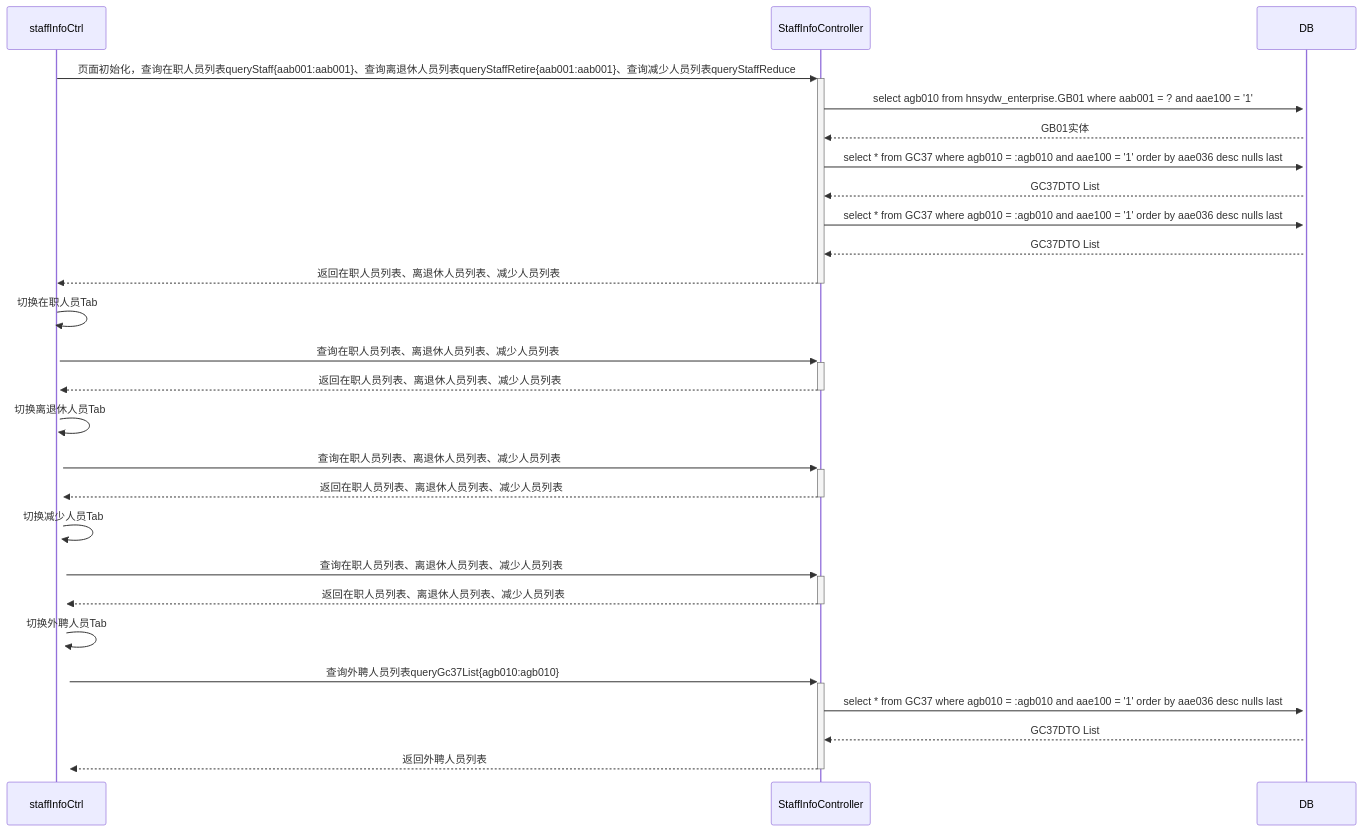
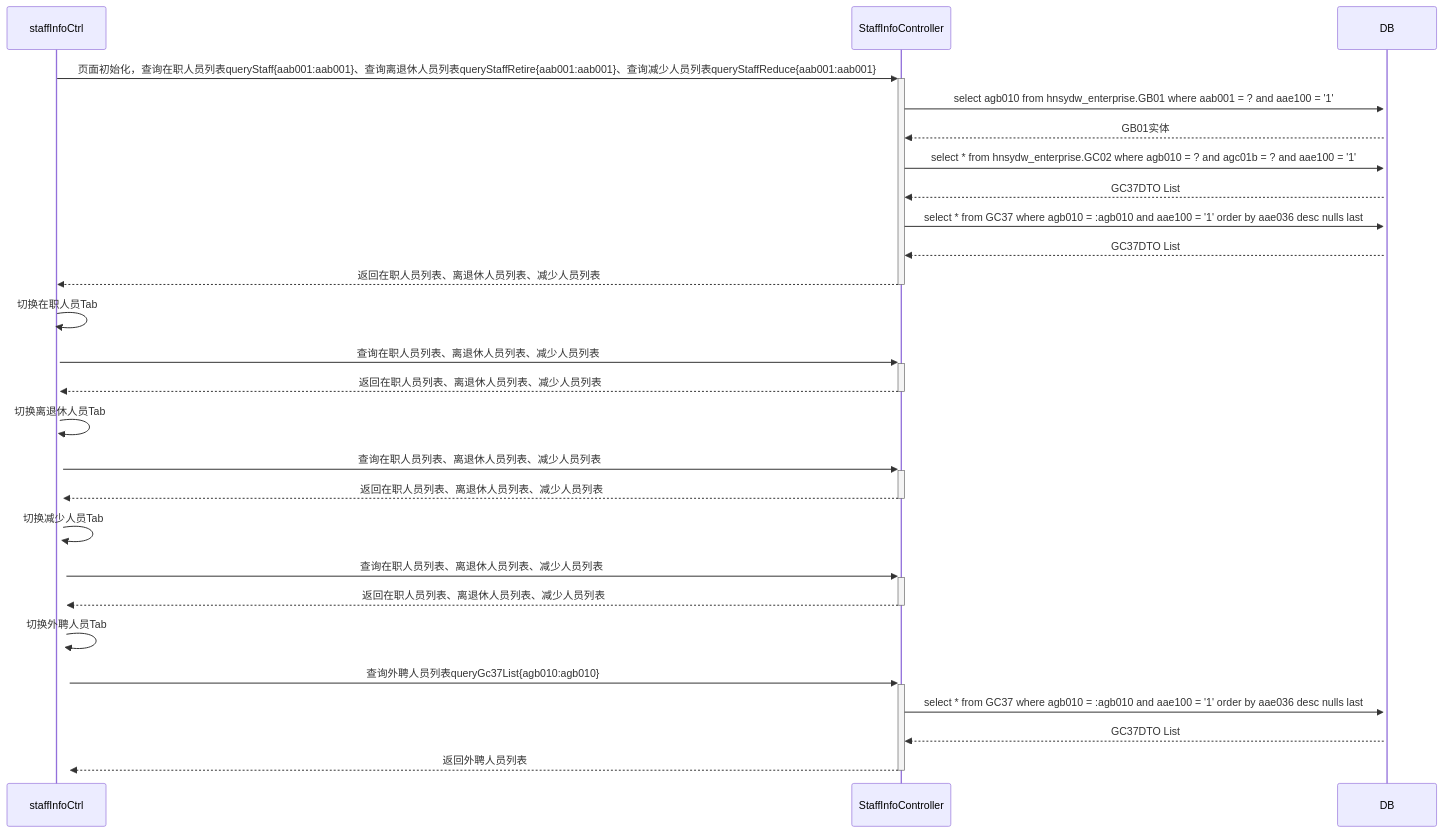
The diagram in all/人员基本信息初始化页面多Tab调用业务流程.md (ZhangJianBeiJing/iodraw-files), drawn with Mermaid before and after one commit.

Commit message:
2025-03-25 10:41:44 update

````diff
--- a/all/人员基本信息初始化页面多Tab调用业务流程.md
+++ b/all/人员基本信息初始化页面多Tab调用业务流程.md
@@ -1,25 +1,25 @@
 ```mermaid
 sequenceDiagram
-    staffInfoCtrl->>+StaffInfoController: 页面初始化，查询在职人员列表queryStaff{aab001:aab001}、查询离退休人员列表queryStaffRetire{aab001:aab001}、查询减少人员列表queryStaffReduce
+    staffInfoCtrl->>+StaffInfoController: 页面初始化，查询在职人员列表queryStaff{aab001:aab001}、查询离退休人员列表queryStaffRetire{aab001:aab001}、查询减少人员列表queryStaffReduce{aab001:aab001}
     StaffInfoController->>+DB:select agb010 from hnsydw_enterprise.GB01 where aab001 = ? and aae100 = '1'
     DB-->>StaffInfoController:GB01实体
-    StaffInfoController->>+DB:select * from GC37 where agb010 = :agb010 and aae100 = '1' order by aae036 desc nulls last
+    StaffInfoController->>+DB:select * from hnsydw_enterprise.GC02 where agb010 = ? and agc01b = ? and aae100 = '1'
     DB-->>StaffInfoController:GC37DTO List
     StaffInfoController->>+DB:select * from GC37 where agb010 = :agb010 and aae100 = '1' order by aae036 desc nulls last
     DB-->>StaffInfoController:GC37DTO List
     StaffInfoController-->>-staffInfoCtrl:返回在职人员列表、离退休人员列表、减少人员列表
     staffInfoCtrl->>+staffInfoCtrl:切换在职人员Tab
     staffInfoCtrl->>+StaffInfoController:查询在职人员列表、离退休人员列表、减少人员列表
     StaffInfoController-->>-staffInfoCtrl:返回在职人员列表、离退休人员列表、减少人员列表
     staffInfoCtrl->>+staffInfoCtrl:切换离退休人员Tab
     staffInfoCtrl->>+StaffInfoController:查询在职人员列表、离退休人员列表、减少人员列表
     StaffInfoController-->>-staffInfoCtrl:返回在职人员列表、离退休人员列表、减少人员列表
     staffInfoCtrl->>+staffInfoCtrl:切换减少人员Tab
     staffInfoCtrl->>+StaffInfoController:查询在职人员列表、离退休人员列表、减少人员列表
     StaffInfoController-->>-staffInfoCtrl:返回在职人员列表、离退休人员列表、减少人员列表
     staffInfoCtrl->>+staffInfoCtrl:切换外聘人员Tab
     staffInfoCtrl->>+StaffInfoController:查询外聘人员列表queryGc37List{agb010:agb010}
     StaffInfoController->>+DB:select * from GC37 where agb010 = :agb010 and aae100 = '1' order by aae036 desc nulls last
     DB-->>StaffInfoController:GC37DTO List 
     StaffInfoController-->>-staffInfoCtrl:返回外聘人员列表
 ```
````
